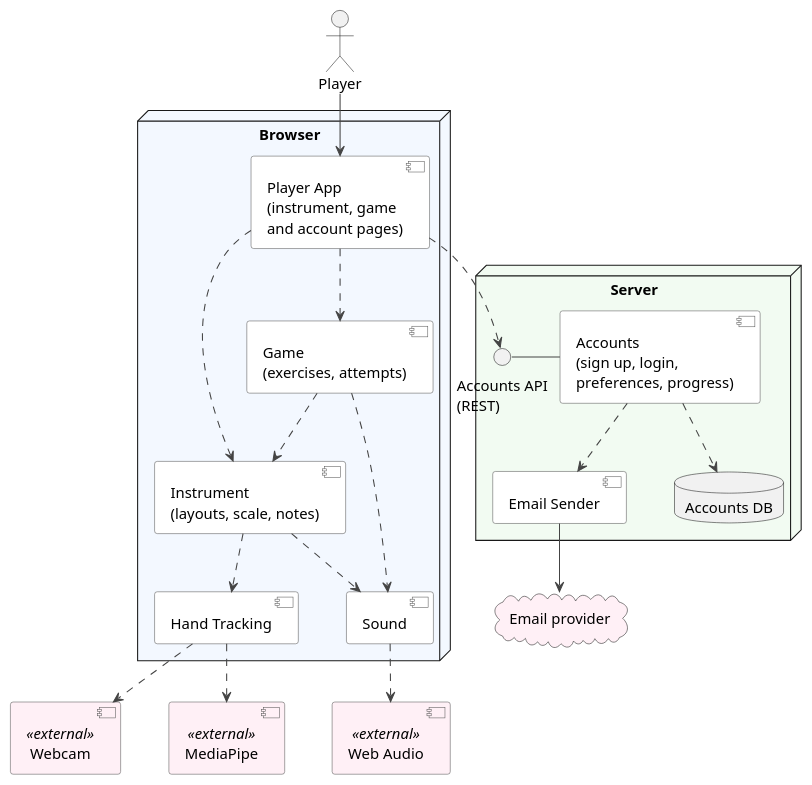
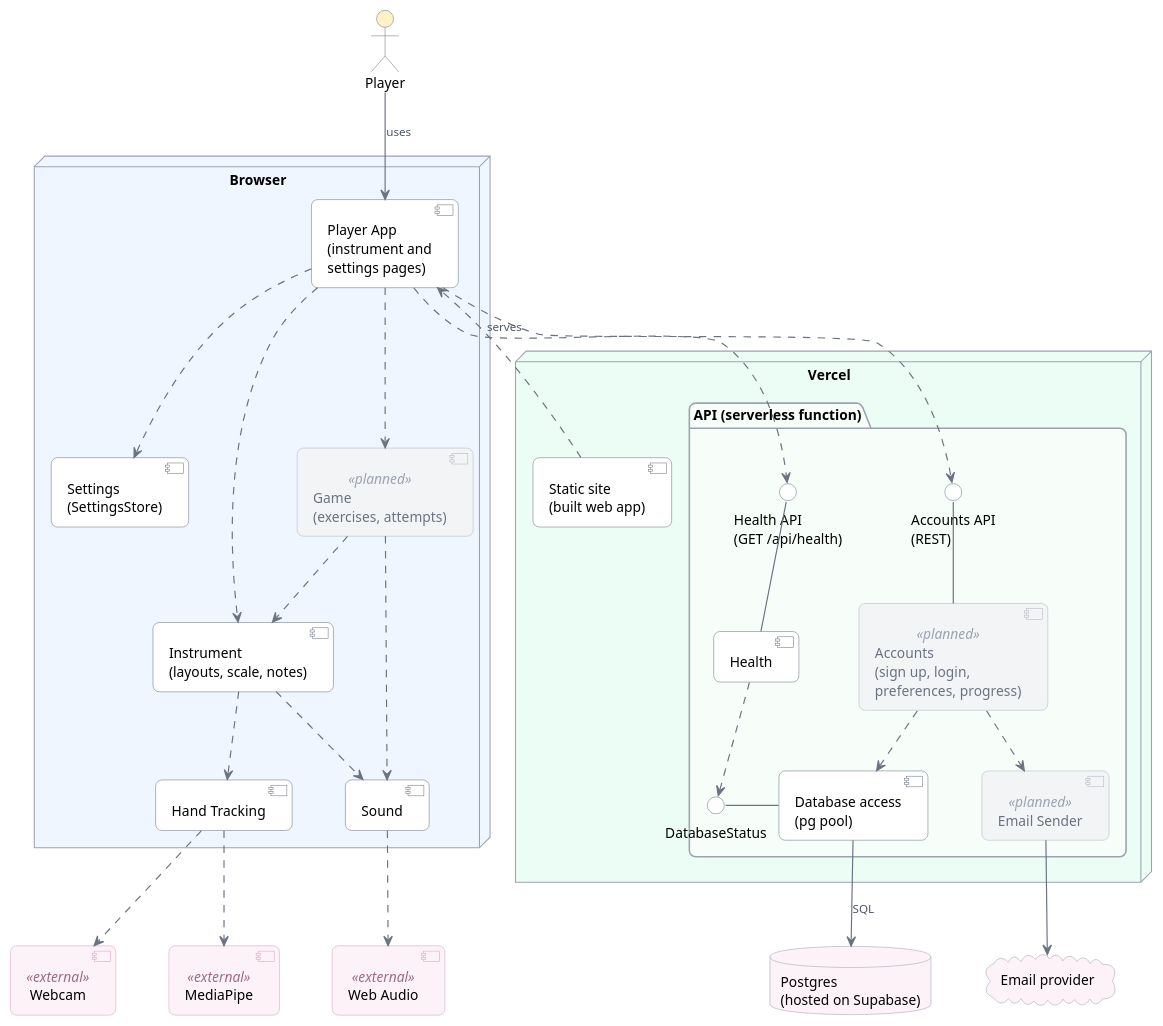
Before and after one commit to MESW-LES-2627/les-project-group-5: the diagram in docs/design/component-diagram.puml, drawn with PlantUML. The commit also changed 4 other files, not shown here.

```diff
--- a/docs/design/component-diagram.puml
+++ b/docs/design/component-diagram.puml
@@ -1,50 +1,91 @@
 @startuml
+' Look: soft colours, rounded corners, curved lines, small grey labels.
 skinparam shadowing false
-skinparam ArrowColor #444444
+skinparam roundCorner 12
 skinparam defaultFontName Helvetica
+skinparam defaultFontSize 13
 skinparam componentStyle uml2
+skinparam ArrowColor #6B7280
+skinparam ArrowThickness 1.1
+skinparam ArrowFontSize 11
+skinparam ArrowFontColor #4B5563
+skinparam nodeBorderColor #9CA3AF
+skinparam packageBorderColor #9CA3AF
+skinparam interfaceBorderColor #6B7280
+skinparam interfaceBackgroundColor #FFFFFF
+skinparam actorBorderColor #6B7280
+skinparam actorBackgroundColor #FEF3C7
+skinparam databaseBorderColor #9CA3AF
+skinparam cloudBorderColor #9CA3AF
 skinparam component {
   BackgroundColor #FFFFFF
-  BorderColor #555555
+  BorderColor #6B7280
 }
-skinparam nodesep 45
+skinparam component<<planned>> {
+  BackgroundColor #F3F4F6
+  BorderColor #B0B5BD
+  FontColor #6B7280
+  StereotypeFontColor #9CA3AF
+}
+skinparam component<<external>> {
+  BackgroundColor #FDF2F8
+  BorderColor #D1A3BD
+  StereotypeFontColor #9C6B87
+}
+skinparam nodesep 50
 skinparam ranksep 55
 
 actor Player
 
-node "Browser" #F3F8FF {
-  component "Player App\n(instrument, game\nand account pages)" as App
+node "Browser" #EFF6FF {
+  component "Player App\n(instrument and\nsettings pages)" as App
+  component "Settings\n(SettingsStore)" as Set
+  component "Game\n(exercises, attempts)" as Ear <<planned>>
   component "Instrument\n(layouts, scale, notes)" as Instr
-  component "Game\n(exercises, attempts)" as Ear
   component "Hand Tracking" as Track
   component "Sound" as Sound
 }
 
-node "Server" #F2FBF2 {
-  component "Accounts\n(sign up, login,\npreferences, progress)" as Acc
-  component "Email Sender" as Mail
-  database "Accounts DB" as DB
-  () "Accounts API\n(REST)" as AAPI
+node "Vercel" #ECFDF5 {
+  package "API (serverless function)" #F7FEF9 {
+    () "Health API\n(GET /api/health)" as HAPI
+    () "Accounts API\n(REST)" as AAPI
+    component "Health" as Health
+    component "Accounts\n(sign up, login,\npreferences, progress)" as Acc <<planned>>
+    () "DatabaseStatus" as DBS
+    component "Database access\n(pg pool)" as DBA
+    component "Email Sender" as Mail <<planned>>
+  }
+  component "Static site\n(built web app)" as Site
 }
 
-cloud "Email provider" as SMTP #FFF0F6
-component "Webcam" as Cam <<external>> #FFF0F6
-component "MediaPipe" as MP <<external>> #FFF0F6
-component "Web Audio" as WA <<external>> #FFF0F6
+component "Webcam" as Cam <<external>>
+component "MediaPipe" as MP <<external>>
+component "Web Audio" as WA <<external>>
+database "Postgres\n(hosted on Supabase)" as PG #FDF2F8
+cloud "Email provider" as SMTP #FDF2F8
 
-Player --> App
-App ..> Instr
-App ..> Ear
-Ear ..> Instr
-Instr ..> Track
-Instr ..> Sound
-Ear ..> Sound
-Track ..> Cam
-Track ..> MP
-Sound ..> WA
-AAPI - Acc
+Player -down-> App : uses
+App .down.> Set
+App .down.> Ear
+App .down.> Instr
+Ear .down.> Instr
+Ear .down.> Sound
+Instr .down.> Track
+Instr .down.> Sound
+Track .down.> Cam
+Track .down.> MP
+Sound .down.> WA
+
+App ..> HAPI
 App ..> AAPI
-Acc ..> DB
-Acc ..> Mail
-Mail --> SMTP
+HAPI -down- Health
+AAPI -down- Acc
+Health .down.> DBS
+DBS - DBA
+Acc .down.> DBA
+Acc .down.> Mail
+DBA -down-> PG : SQL
+Mail -down-> SMTP
+Site .[norank].> App : serves
 @enduml
```
